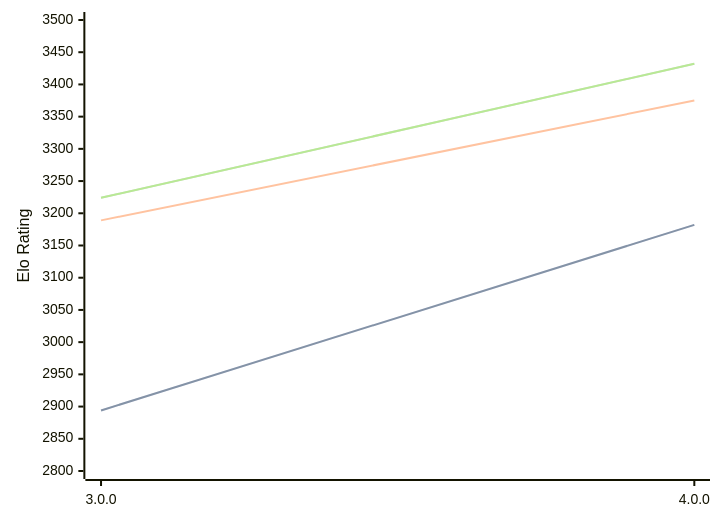
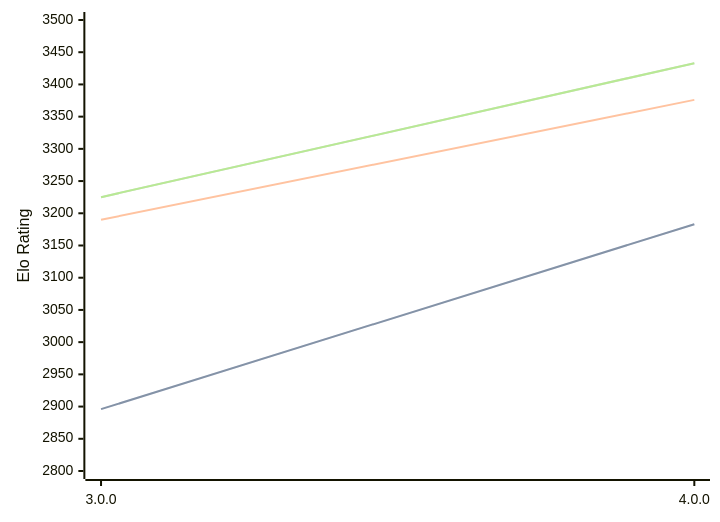
One commit to computer-chess-index/cci changed the diagram in engines/Avalanche.md. Above: the diagram before and after it, drawn with Mermaid. The commit also changed other lines of this file, not shown here.

Commit message:
Update CCI Ratings (ELO VLTC) - 2026-08-26

````diff
--- a/engines/Avalanche.md
+++ b/engines/Avalanche.md
@@ -32,11 +32,11 @@
 ```mermaid
 %%{init: {"theme":"base","themeVariables":{"seriesColors:['#a3a3a3','#222221','#faa371']}}}%%
 xychart-beta
   x-axis ["3.0.0", "4.0.0"]
   y-axis "Elo Rating" 2800 --> 3500
-  line "STC (8.0+0.08s)" [2894, 3182]
-  line "STC (8.0+0.08s)" [2894, 3182]
-  line "LTC (60.0+0.60s)" [3189, 3375]
-  line "VLTC (2m24s+1.12s)" [3224, 3432]
-  line "VLTC (2m24s+1.12s)" [3224, 3432]
+  line "STC (8.0+0.08s)" [2896, 3183]
+  line "STC (8.0+0.08s)" [2896, 3183]
+  line "LTC (60.0+0.60s)" [3190, 3376]
+  line "VLTC (2m24s+1.12s)" [3225, 3433]
+  line "VLTC (2m24s+1.12s)" [3225, 3433]
 ```
````
